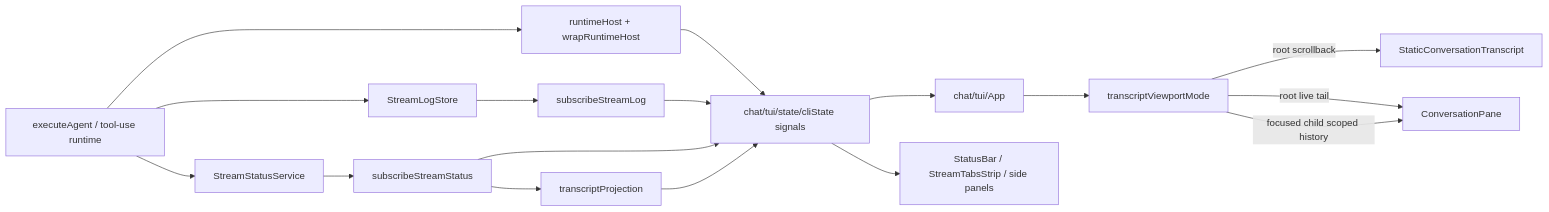
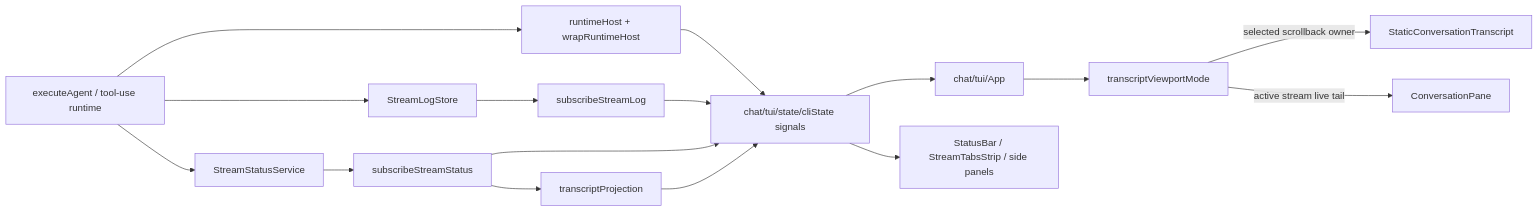
The second of 5 diagrams in docs/architecture/cli-runtime-round-trips.md (LionSR/TeXRA), drawn with Mermaid before and after one commit. The commit also changed other lines of this file and 20 other files, not shown here.

Commit message:
fix: route focused child transcripts through scrollback

````diff
--- a/docs/architecture/cli-runtime-round-trips.md
+++ b/docs/architecture/cli-runtime-round-trips.md
@@ -77,30 +77,29 @@
 ```mermaid
 flowchart LR
   runtime[executeAgent / tool-use runtime]
   host[runtimeHost + wrapRuntimeHost]
   streamLog[StreamLogStore]
   statusService[StreamStatusService]
   cliState[chat/tui/state/cliState signals]
   statusSub[subscribeStreamStatus]
   logSub[subscribeStreamLog]
   projection[transcriptProjection]
   app[chat/tui/App]
   viewport[transcriptViewportMode]
   staticPane[StaticConversationTranscript]
   livePane[ConversationPane]
   statusBar[StatusBar / StreamTabsStrip / side panels]
 
   runtime --> host
   runtime --> streamLog
   runtime --> statusService
   host --> cliState
   streamLog --> logSub --> cliState
   statusService --> statusSub --> cliState
   statusSub --> projection --> cliState
   cliState --> app
   app --> viewport
-  viewport -->|root scrollback| staticPane
-  viewport -->|root live tail| livePane
-  viewport -->|focused child scoped history| livePane
+  viewport -->|selected scrollback owner| staticPane
+  viewport -->|active stream live tail| livePane
   cliState --> statusBar
 ```
````
